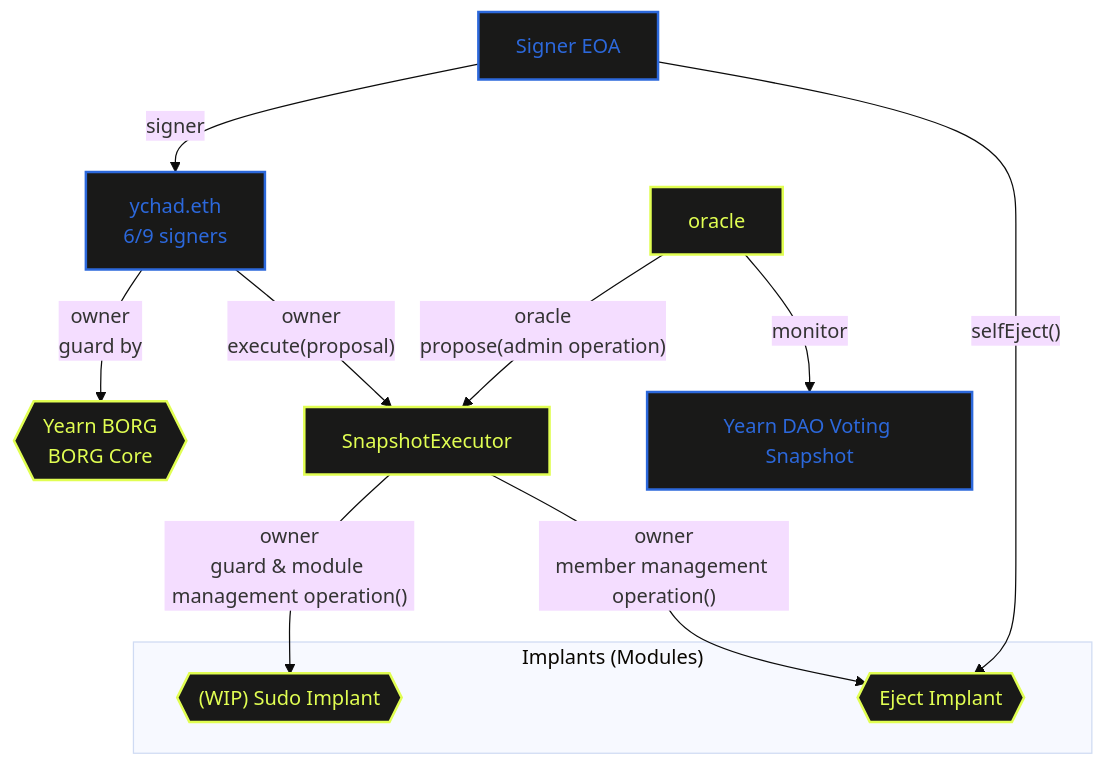
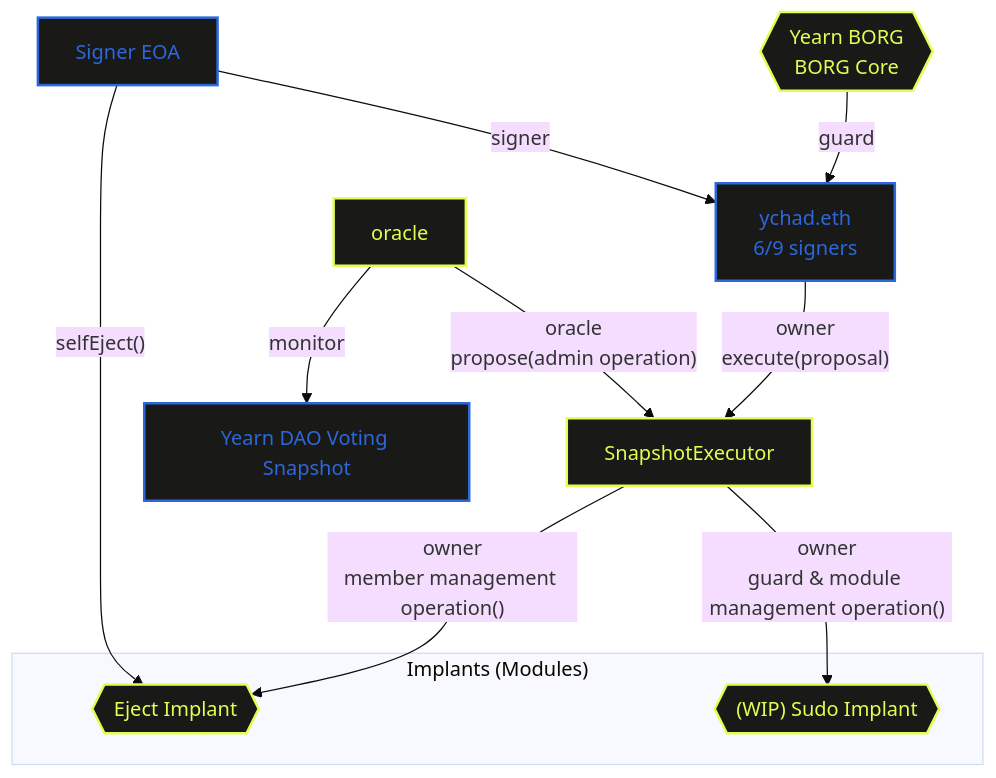
The diagram in README-yearnBorg.md (MetaLex-Tech/borg-core), drawn with Mermaid (base theme) before and after one commit. The commit also changed other lines of this file and 3 other files, not shown here.

````diff
--- a/README-yearnBorg.md
+++ b/README-yearnBorg.md
@@ -5,46 +5,47 @@
 ```mermaid
 graph TD
     ychad[ychad.eth<br/>6/9 signers]
     ychadSigner[Signer EOA]
     yearnDaoVoting[Yearn DAO Voting Snapshot]
     
     oracleAddr[oracle]
     
     borg{{Yearn BORG<br>BORG Core}}
 
     subgraph implants["Implants (Modules)"]
         ejectImplant{{Eject Implant}}
         sudoImplant{{"(WIP) Sudo Implant"}}
     end
      
     snapshotExecutor[SnapshotExecutor]
+    
+    borg -->|"guard"| ychad
 
-    ychad -->|"owner<br>guard by"| borg
     ychad -->|"owner<br>execute(proposal)"| snapshotExecutor
     
     %% implants -->|modules| ychad
     
     ychadSigner -->|signer| ychad
     ychadSigner -->|"selfEject()"| ejectImplant
 
     oracleAddr -->|"oracle<br>propose(admin operation)"| snapshotExecutor      
     oracleAddr -->|monitor| yearnDaoVoting
     
     snapshotExecutor -->|"owner<br>guard & module management operation()"| sudoImplant
     snapshotExecutor -->|"owner<br>member management operation()"| ejectImplant
     
     %% Styling (optional, Mermaid supports limited styling)
     classDef default fill:#191918,stroke:#fff,stroke-width:2px,color:#fff;
     classDef borg fill:#191918,stroke:#E1FE52,stroke-width:2px,color:#E1FE52;
     classDef yearn fill:#191918,stroke:#2C68DB,stroke-width:2px,color:#2C68DB;
     classDef safe fill:#191918,stroke:#76FB8D,stroke-width:2px,color:#76FB8D;
     classDef todo fill:#191918,stroke:#F09B4A,stroke-width:2px,color:#F09B4A;
     class borg borg;
     class ejectImplant borg;
     class sudoImplant borg;
     class snapshotExecutor borg;
     class oracleAddr borg;
     class ychad yearn;
     class ychadSigner yearn;
     class yearnDaoVoting yearn;
 ```
````
